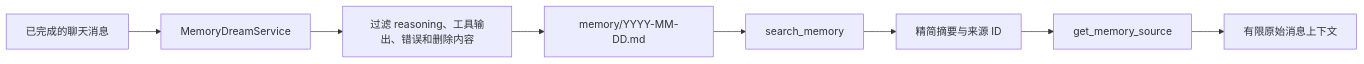
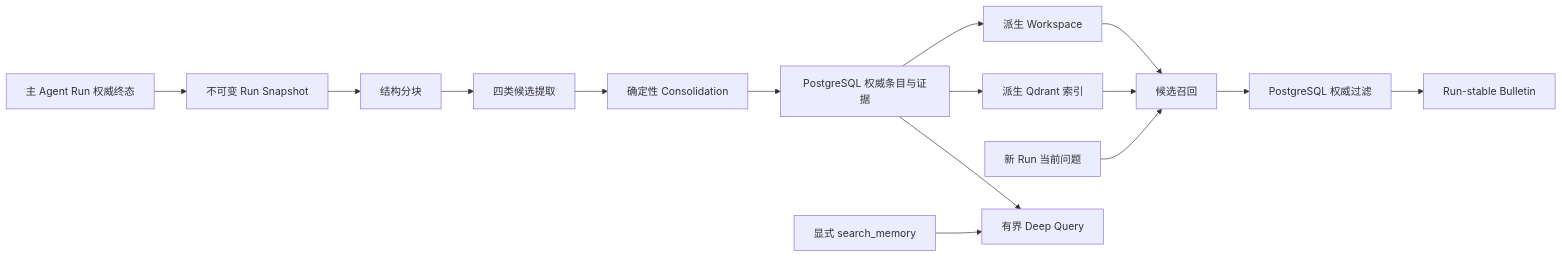
One commit to Sheep1433/Noesis changed the diagram in docs/architecture/platform/agent-memory.md. Above: the diagram before and after it, drawn with Mermaid. The commit also changed other lines of this file and 231 other files, not shown here.

First line of the commit message:
feat(memory): run-aware 记忆皮层——终态 capture、四类记忆、Bulletin 注入与用户治理

````diff
--- a/docs/architecture/platform/agent-memory.md
+++ b/docs/architecture/platform/agent-memory.md
@@ -15,10 +19,17 @@
 ```mermaid
 flowchart LR
-  A["已完成的聊天消息"] --> B["MemoryDreamService"]
-  B --> C["过滤 reasoning、工具输出、错误和删除内容"]
-  C --> D["memory/YYYY-MM-DD.md"]
-  D --> E["search_memory"]
-  E --> F["精简摘要与来源 ID"]
-  F --> G["get_memory_source"]
-  G --> H["有限原始消息上下文"]
+  A["主 Agent Run 权威终态"] --> B["不可变 Run Snapshot"]
+  B --> C["结构分块"]
+  C --> D["四类候选提取"]
+  D --> E["确定性 Consolidation"]
+  E --> F["PostgreSQL 权威条目与证据"]
+  F --> G["派生 Workspace"]
+  F --> H["派生 Qdrant 索引"]
+  I["新 Run 当前问题"] --> J["候选召回"]
+  G --> J
+  H --> J
+  J --> K["PostgreSQL 权威过滤"]
+  K --> L["Run-stable Bulletin"]
+  M["显式 search_memory"] --> N["有界 Deep Query"]
+  F --> N
 ```
````
